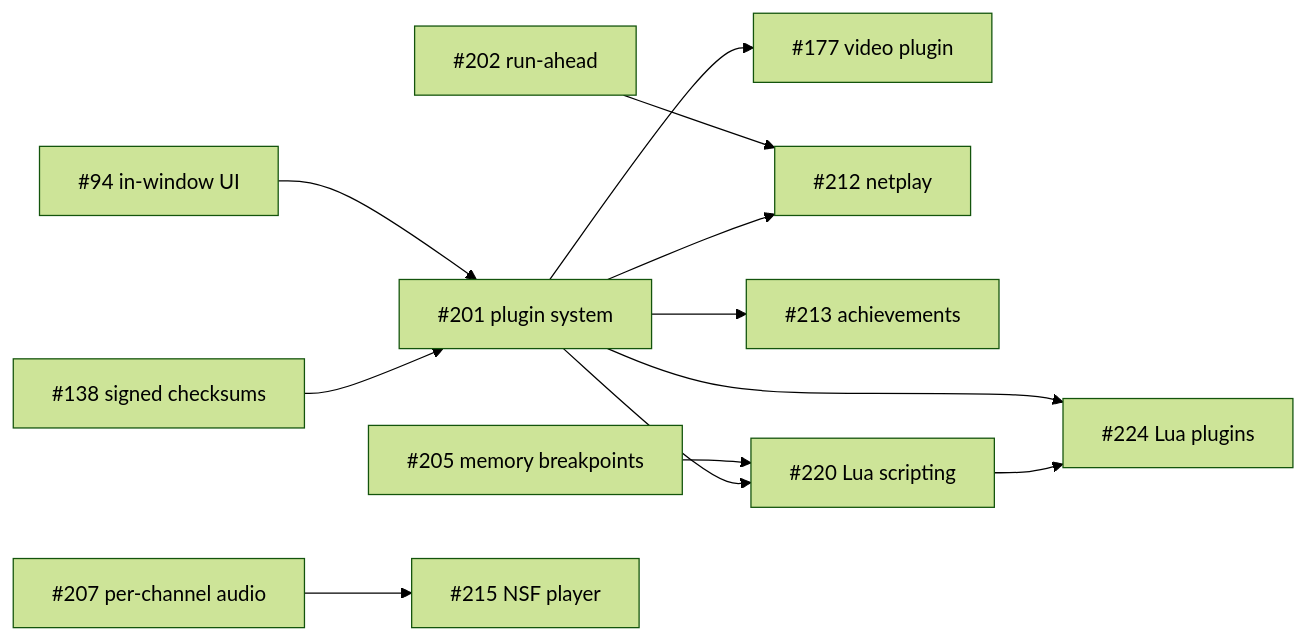
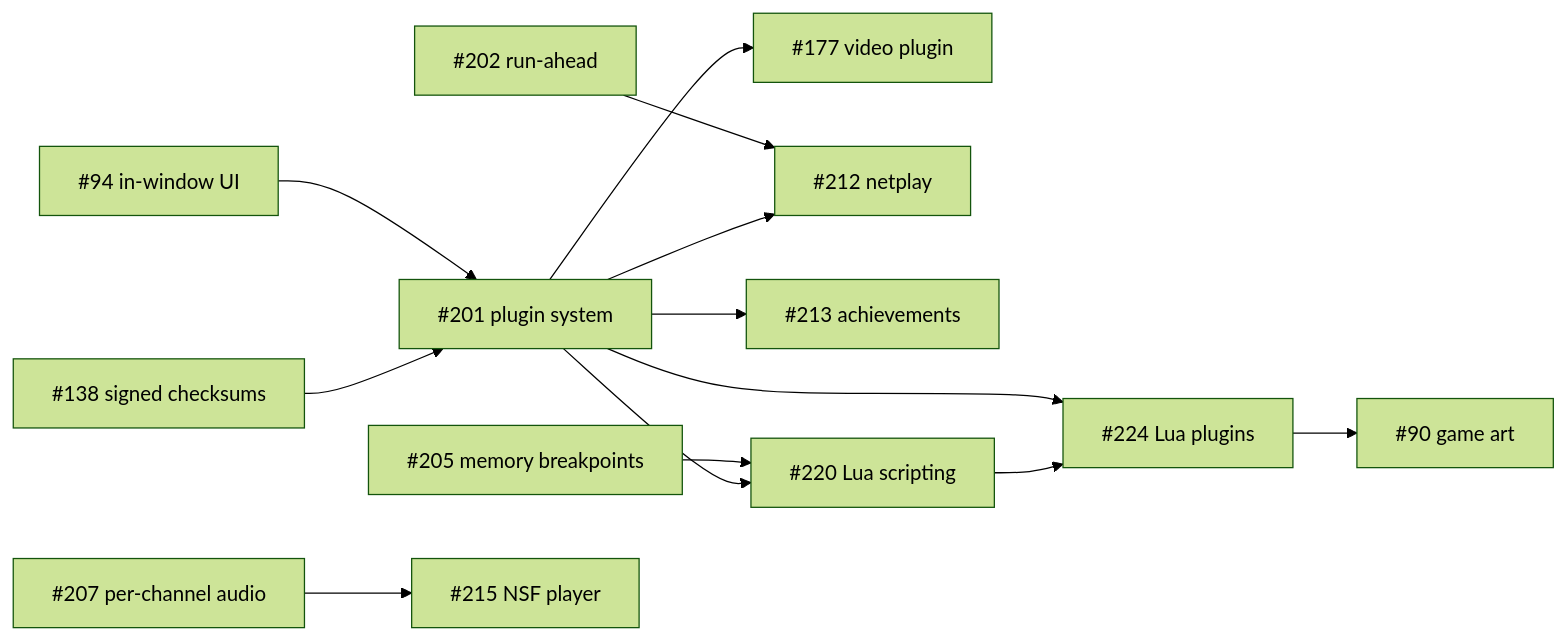
The diagram in docs/roadmap.md (tdjustus/cuteNES), drawn with Mermaid (forest theme) before and after one commit. The commit also changed other lines of this file and 1 other file, not shown here.

First line of the commit message:
docs: game art becomes the first Lua plugin, in 3.0

````diff
--- a/docs/roadmap.md
+++ b/docs/roadmap.md
@@ -88,14 +88,15 @@
 ```mermaid
 graph LR
   138[#138 signed checksums] --> 201[#201 plugin system]
   94[#94 in-window UI] --> 201
   201 --> 177[#177 video plugin]
   201 --> 220[#220 Lua scripting]
   205[#205 memory breakpoints] --> 220
   220 --> 224[#224 Lua plugins]
+  224 --> 90[#90 game art]
   201 --> 224
   201 --> 212[#212 netplay]
   202[#202 run-ahead] --> 212
   201 --> 213[#213 achievements]
   207[#207 per-channel audio] --> 215[#215 NSF player]
 ```
````
